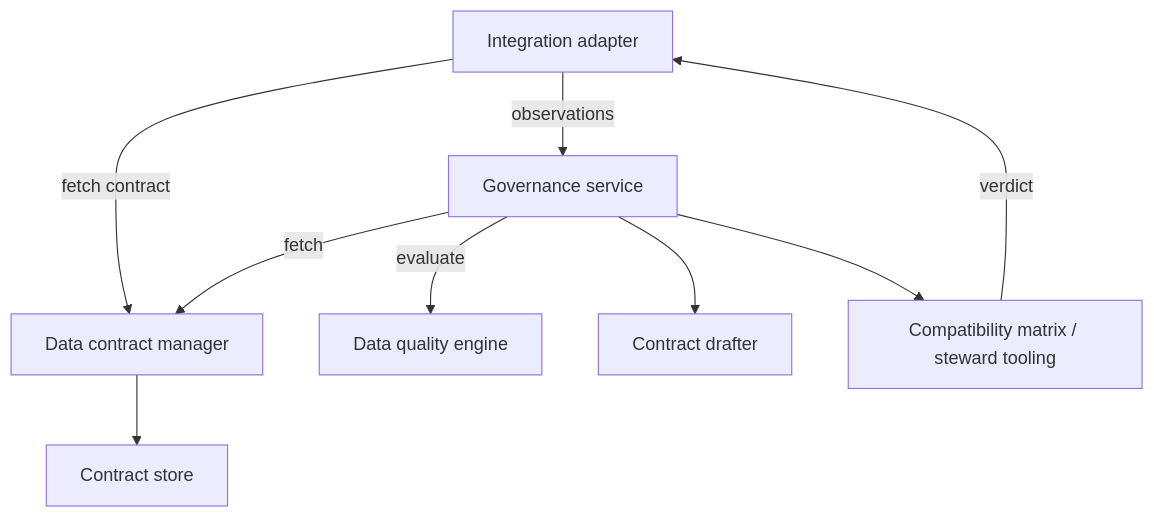
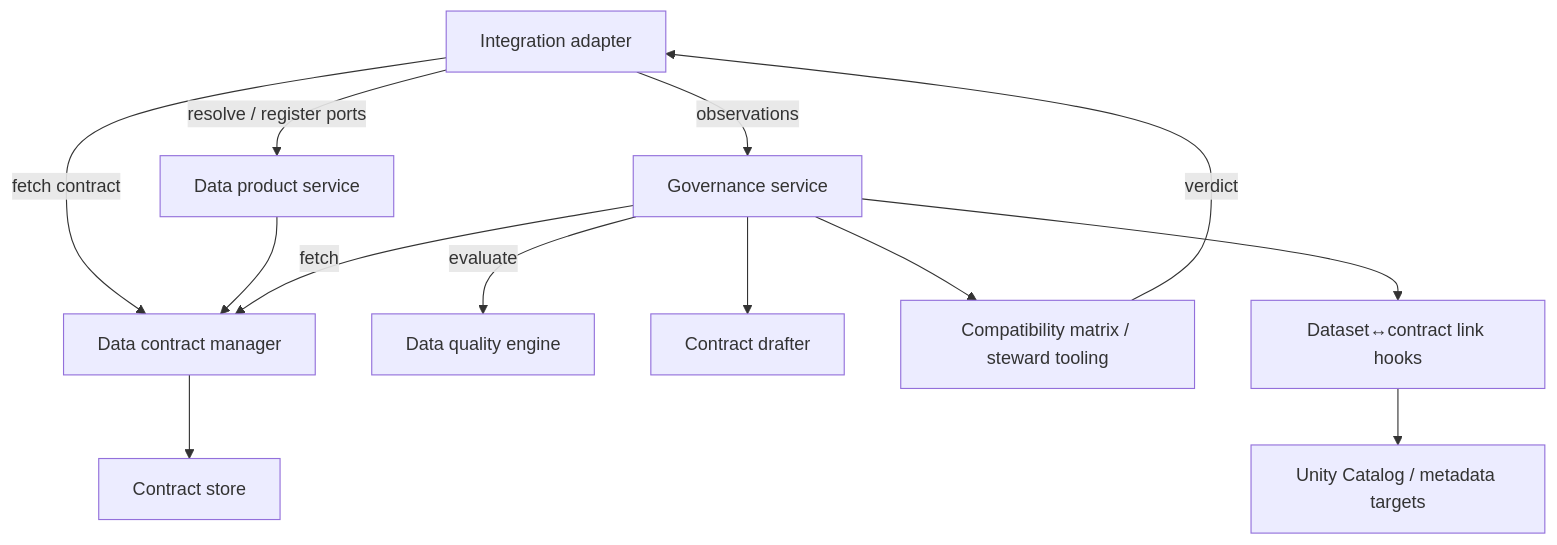
The diagram in docs/component-integration-layer.md (NextLab-SRL/dc43), drawn with Mermaid before and after one commit. The commit also changed other lines of this file and 3 other files, not shown here.

Commit message:
docs: refresh architecture diagrams

````diff
--- a/docs/component-integration-layer.md
+++ b/docs/component-integration-layer.md
@@ -25,11 +28,15 @@
 ```mermaid
 flowchart TD
     Adapter["Integration adapter"] -->|fetch contract| ContractMgr["Data contract manager"]
+    Adapter -->|resolve / register ports| ProductSvc["Data product service"]
+    ProductSvc --> ContractMgr
     ContractMgr --> ContractStore["Contract store"]
     Adapter -->|observations| Governance["Governance service"]
     Governance -->|fetch| ContractMgr
     Governance -->|evaluate| DQEngine["Data quality engine"]
     Governance --> Drafts["Contract drafter"]
     Governance --> Steward["Compatibility matrix / steward tooling"]
+    Governance --> LinkHooks["Dataset↔contract link hooks"]
+    LinkHooks --> Targets["Unity Catalog / metadata targets"]
     Steward -->|verdict| Adapter
 ```
````
